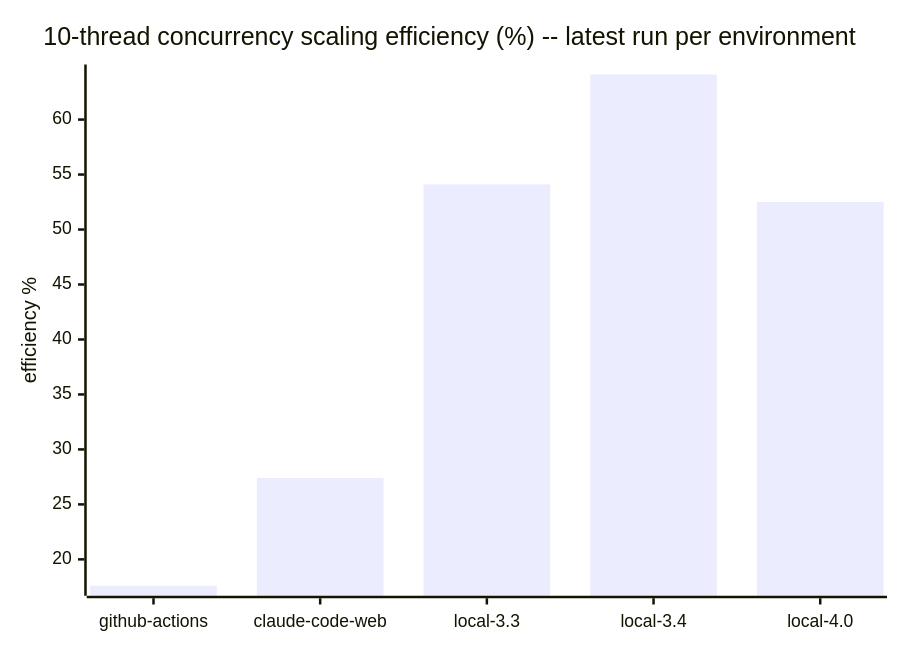
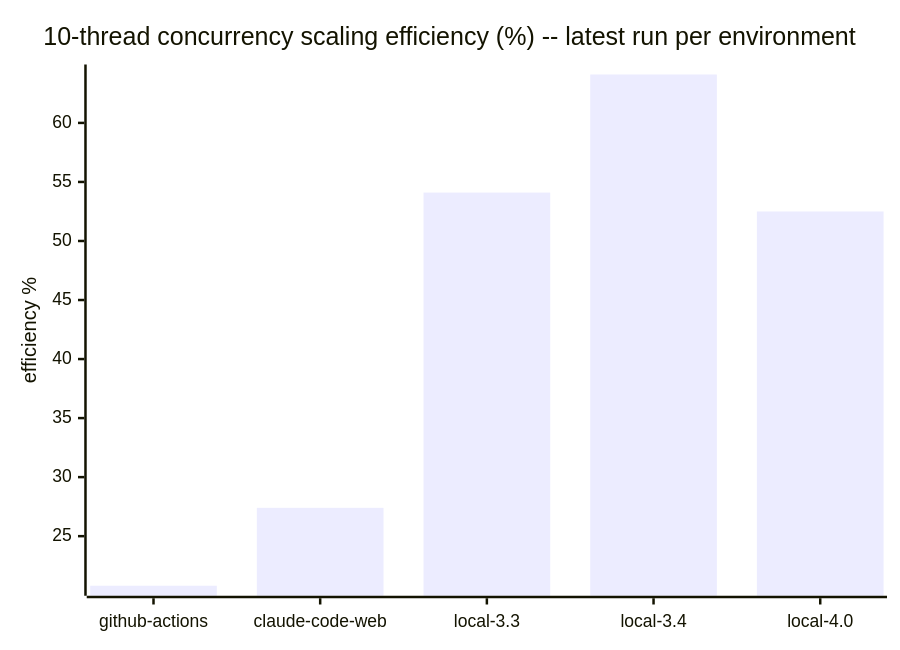
Before and after one commit to cpb/duckling: the seventh of 7 diagrams in docs/benchmarks/README.md, drawn with Mermaid. The commit also changed other lines of this file and 1 other file, not shown here.

````diff
--- a/docs/benchmarks/README.md
+++ b/docs/benchmarks/README.md
@@ -223,7 +223,7 @@
 ```mermaid
 xychart-beta
     title "10-thread concurrency scaling efficiency (%) -- latest run per environment"
     x-axis [github-actions, claude-code-web, local-3.3, local-3.4, local-4.0]
     y-axis "efficiency %"
-    bar "efficiency_pct" [17.6, 27.4, 54.1, 64.1, 52.5]
+    bar "efficiency_pct" [20.8, 27.4, 54.1, 64.1, 52.5]
 ```
````
